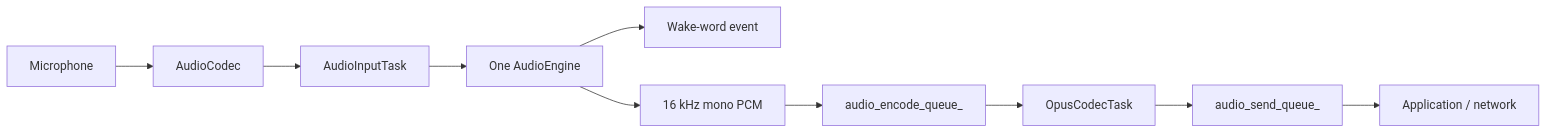
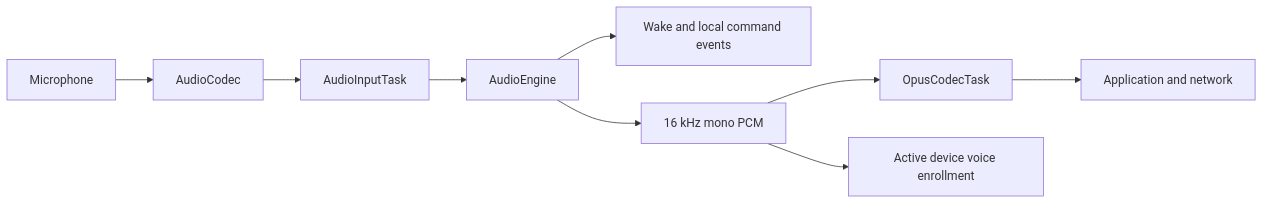
One commit to zylz-Project/xiaozhi_pro changed the first of 2 diagrams in main/audio/README.md. Above: the diagram before and after it, drawn with Mermaid. The commit also changed other lines of this file and 239 other files, not shown here.

````diff
--- a/main/audio/README.md
+++ b/main/audio/README.md
@@ -70,12 +7,8 @@
 ```mermaid
 flowchart LR
-    Mic[Microphone] --> Codec[AudioCodec]
-    Codec --> Input[AudioInputTask]
-    Input --> Engine[One AudioEngine]
-    Engine --> Wake[Wake-word event]
+    Mic[Microphone] --> Codec[AudioCodec] --> Input[AudioInputTask] --> Engine[AudioEngine]
+    Engine --> Wake[Wake and local command events]
     Engine --> PCM[16 kHz mono PCM]
-    PCM --> EncodeQueue[audio_encode_queue_]
-    EncodeQueue --> Opus[OpusCodecTask]
-    Opus --> SendQueue[audio_send_queue_]
-    SendQueue --> App[Application / network]
+    PCM --> Encode[OpusCodecTask] --> Send[Application and network]
+    PCM --> Enrollment[Active device voice enrollment]
 ```
````
